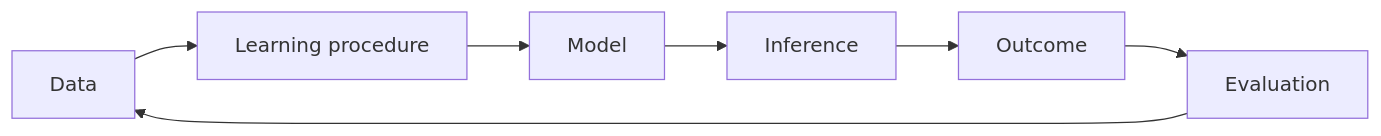
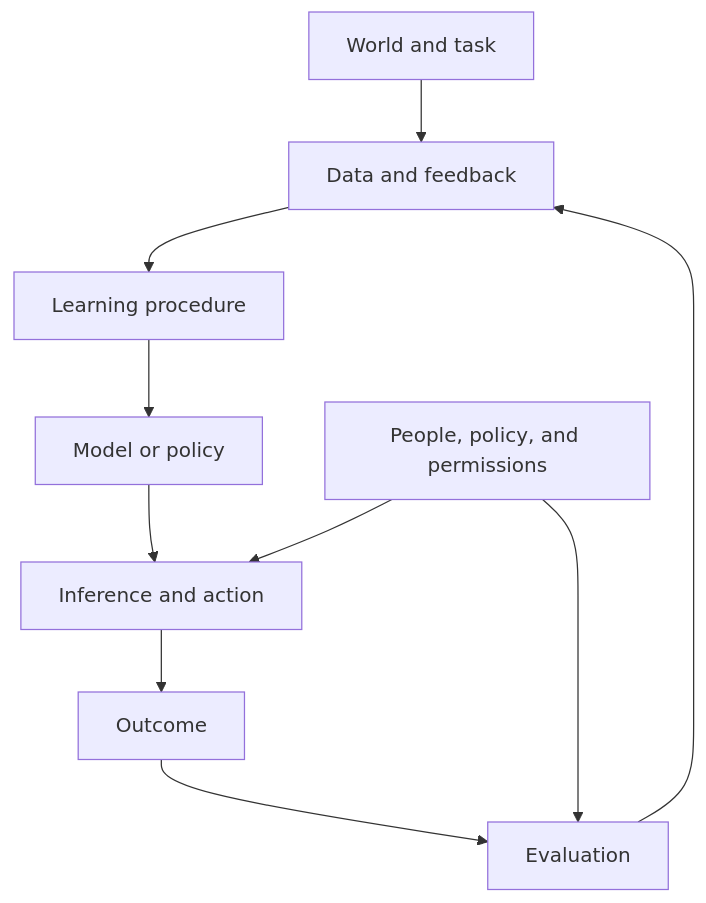
The diagram in docs/foundations/ai-foundations.md (aiagent007700/AI-Atlas), drawn with Mermaid before and after one commit. The commit also changed other lines of this file and 13 other files, not shown here.

````diff
--- a/docs/foundations/ai-foundations.md
+++ b/docs/foundations/ai-foundations.md
@@ -21,9 +23,12 @@
 ```mermaid
-flowchart LR
-    D[Data] --> L[Learning procedure]
-    L --> M[Model]
-    M --> I[Inference]
+flowchart TB
+    W[World and task] --> D[Data and feedback]
+    D --> L[Learning procedure]
+    L --> M[Model or policy]
+    M --> I[Inference and action]
     I --> O[Outcome]
     O --> E[Evaluation]
     E --> D
+    P[People, policy, and permissions] --> I
+    P --> E
 ```
````
